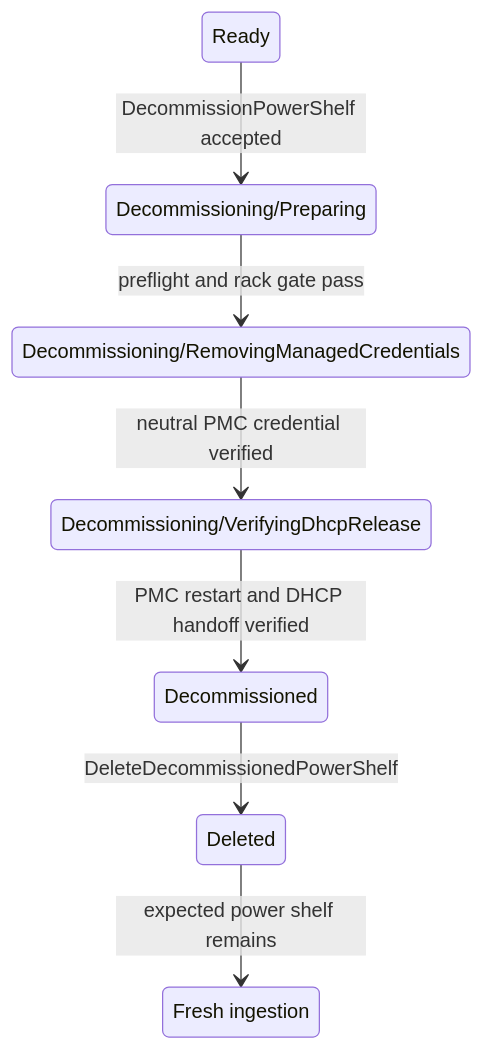
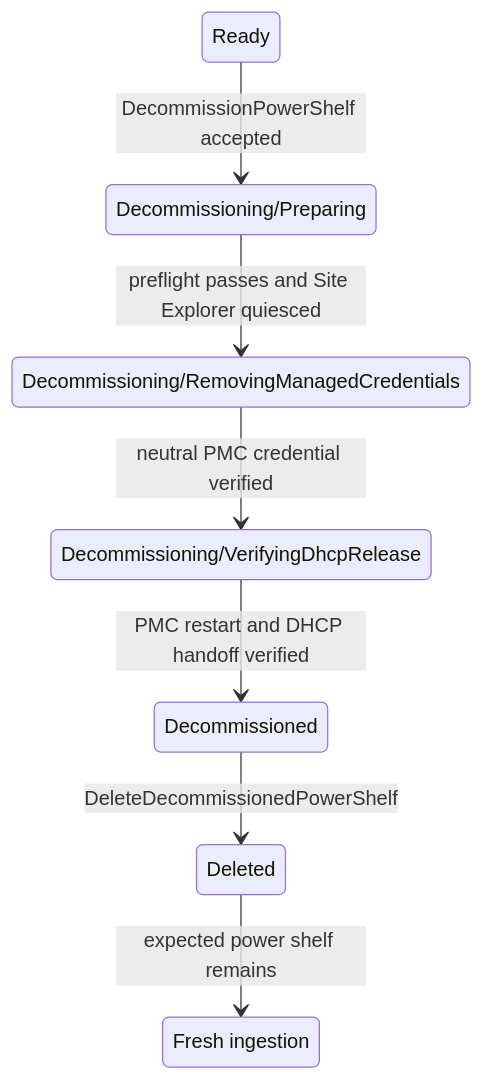
The diagram in docs/design/decommissioning/managed-power-shelf-decommissioning.md (NVIDIA/bare-metal-manager-core), drawn with Mermaid before and after one commit. The commit also changed other lines of this file and 3 other files, not shown here.

Commit message:
add site_explorer_suppressed_at similar to dhcp_discover_suppressed_at

````diff
--- a/docs/design/decommissioning/managed-power-shelf-decommissioning.md
+++ b/docs/design/decommissioning/managed-power-shelf-decommissioning.md
@@ -69,17 +69,17 @@
 ```mermaid
 stateDiagram-v2
     state "Ready" as Ready
     state "Decommissioning/Preparing" as Preparing
     state "Decommissioning/RemovingManagedCredentials" as RemovingCredentials
     state "Decommissioning/VerifyingDhcpRelease" as VerifyingDhcpRelease
     state "Decommissioned" as Decommissioned
     state "Deleted" as Deleted
     state "Fresh ingestion" as FreshIngestion
 
     Ready --> Preparing : DecommissionPowerShelf accepted
-    Preparing --> RemovingCredentials : preflight and rack gate pass
+    Preparing --> RemovingCredentials : preflight passes and Site Explorer quiesced
     RemovingCredentials --> VerifyingDhcpRelease : neutral PMC credential verified
     VerifyingDhcpRelease --> Decommissioned : PMC restart and DHCP handoff verified
     Decommissioned --> Deleted : DeleteDecommissionedPowerShelf
     Deleted --> FreshIngestion : expected power shelf remains
 ```
````
